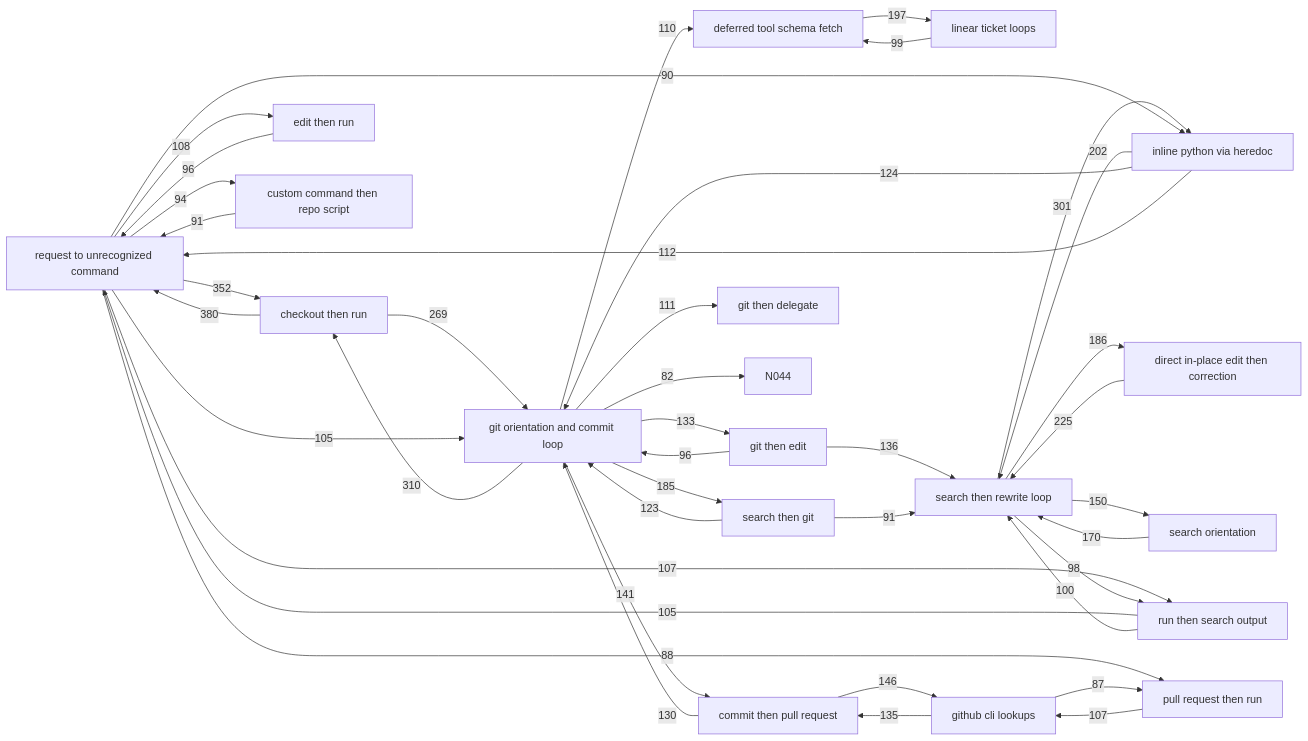
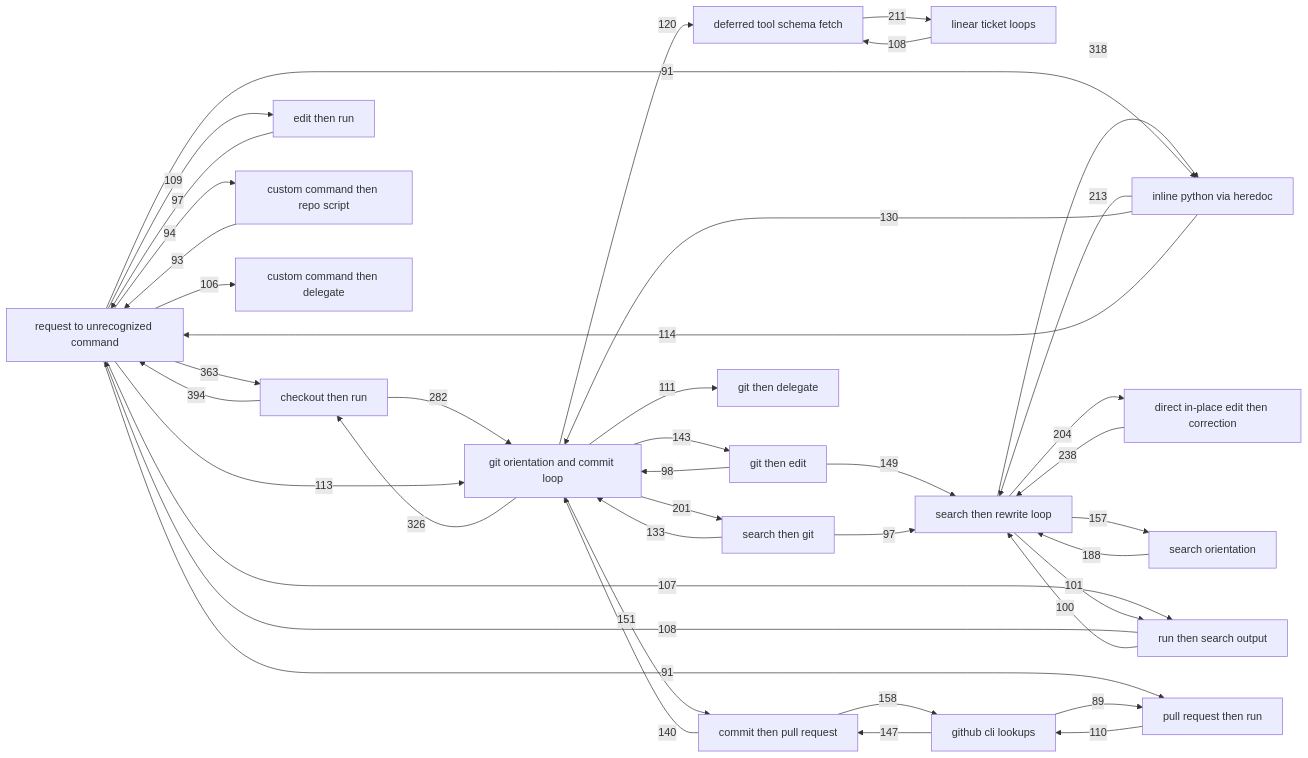
One commit to aidanff/comb changed the diagram in candidates.md. Above: the diagram before and after it, drawn with Mermaid. The commit also changed other lines of this file and 2 other files, not shown here.

````diff
--- a/candidates.md
+++ b/candidates.md
@@ -449,62 +462,62 @@
 ```mermaid
 graph LR
   N001["deferred tool schema fetch"]
   N002["request to unrecognized command"]
   N003["git orientation and commit loop"]
   N004["linear ticket loops"]
   N006["inline python via heredoc"]
   N007["search then rewrite loop"]
   N009["checkout then run"]
   N010["direct in-place edit then correction"]
   N012["search orientation"]
   N014["edit then run"]
   N015["github cli lookups"]
   N016["run then search output"]
   N017["git then edit"]
   N019["commit then pull request"]
   N020["custom command then repo script"]
   N023["pull request then run"]
   N028["search then git"]
+  N029["custom command then delegate"]
   N037["git then delegate"]
-  N044["N044"]
-  N009 -->|380| N002
-  N002 -->|352| N009
-  N003 -->|310| N009
-  N007 -->|301| N006
-  N009 -->|269| N003
-  N010 -->|225| N007
-  N006 -->|202| N007
-  N001 -->|197| N004
-  N007 -->|186| N010
-  N003 -->|185| N028
-  N012 -->|170| N007
-  N007 -->|150| N012
-  N019 -->|146| N015
-  N003 -->|141| N019
-  N017 -->|136| N007
-  N015 -->|135| N019
-  N003 -->|133| N017
-  N019 -->|130| N003
-  N006 -->|124| N003
-  N028 -->|123| N003
-  N006 -->|112| N002
+  N009 -->|394| N002
+  N002 -->|363| N009
+  N003 -->|326| N009
+  N007 -->|318| N006
+  N009 -->|282| N003
+  N010 -->|238| N007
+  N006 -->|213| N007
+  N001 -->|211| N004
+  N007 -->|204| N010
+  N003 -->|201| N028
+  N012 -->|188| N007
+  N019 -->|158| N015
+  N007 -->|157| N012
+  N003 -->|151| N019
+  N017 -->|149| N007
+  N015 -->|147| N019
+  N003 -->|143| N017
+  N019 -->|140| N003
+  N028 -->|133| N003
+  N006 -->|130| N003
+  N003 -->|120| N001
+  N006 -->|114| N002
+  N002 -->|113| N003
   N003 -->|111| N037
-  N003 -->|110| N001
-  N002 -->|108| N014
+  N023 -->|110| N015
+  N002 -->|109| N014
+  N004 -->|108| N001
+  N016 -->|108| N002
   N002 -->|107| N016
-  N023 -->|107| N015
-  N002 -->|105| N003
-  N016 -->|105| N002
+  N002 -->|106| N029
+  N007 -->|101| N016
   N016 -->|100| N007
-  N004 -->|99| N001
-  N007 -->|98| N016
-  N014 -->|96| N002
-  N017 -->|96| N003
+  N017 -->|98| N003
+  N014 -->|97| N002
+  N028 -->|97| N007
   N002 -->|94| N020
-  N020 -->|91| N002
-  N028 -->|91| N007
-  N002 -->|90| N006
-  N002 -->|88| N023
-  N015 -->|87| N023
-  N003 -->|82| N044
+  N020 -->|93| N002
+  N002 -->|91| N023
+  N002 -->|91| N006
+  N015 -->|89| N023
 ```
````
